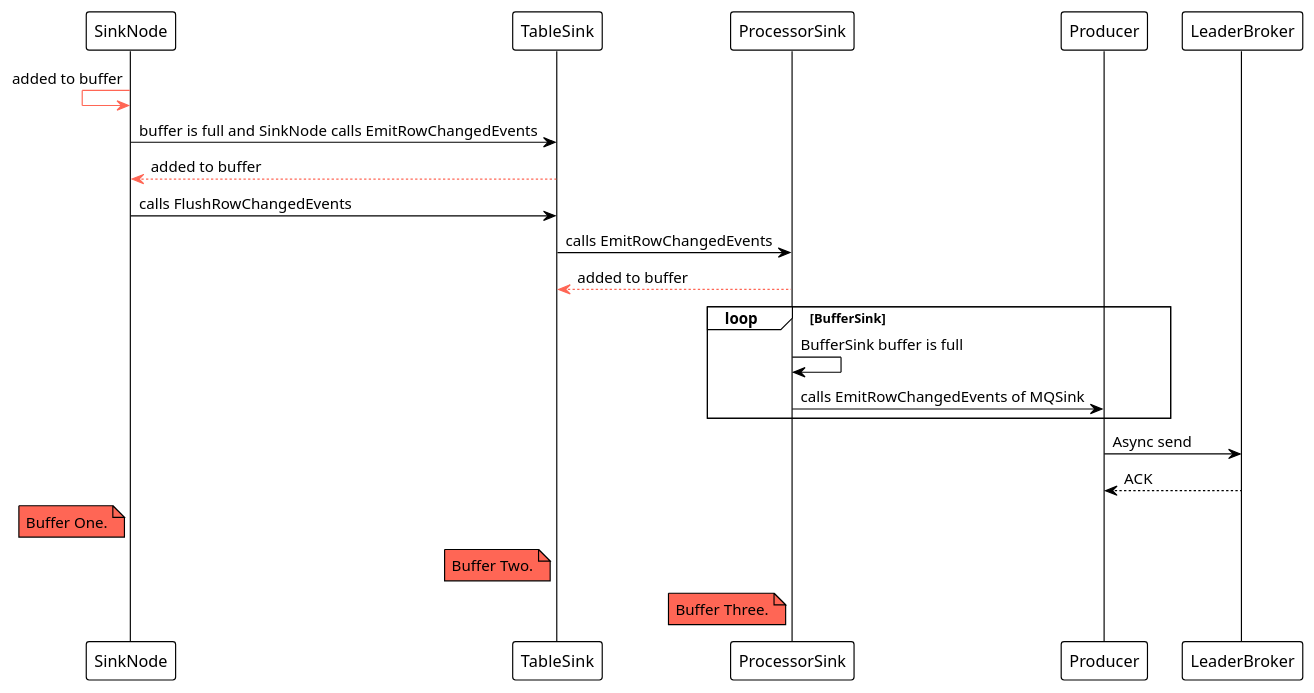
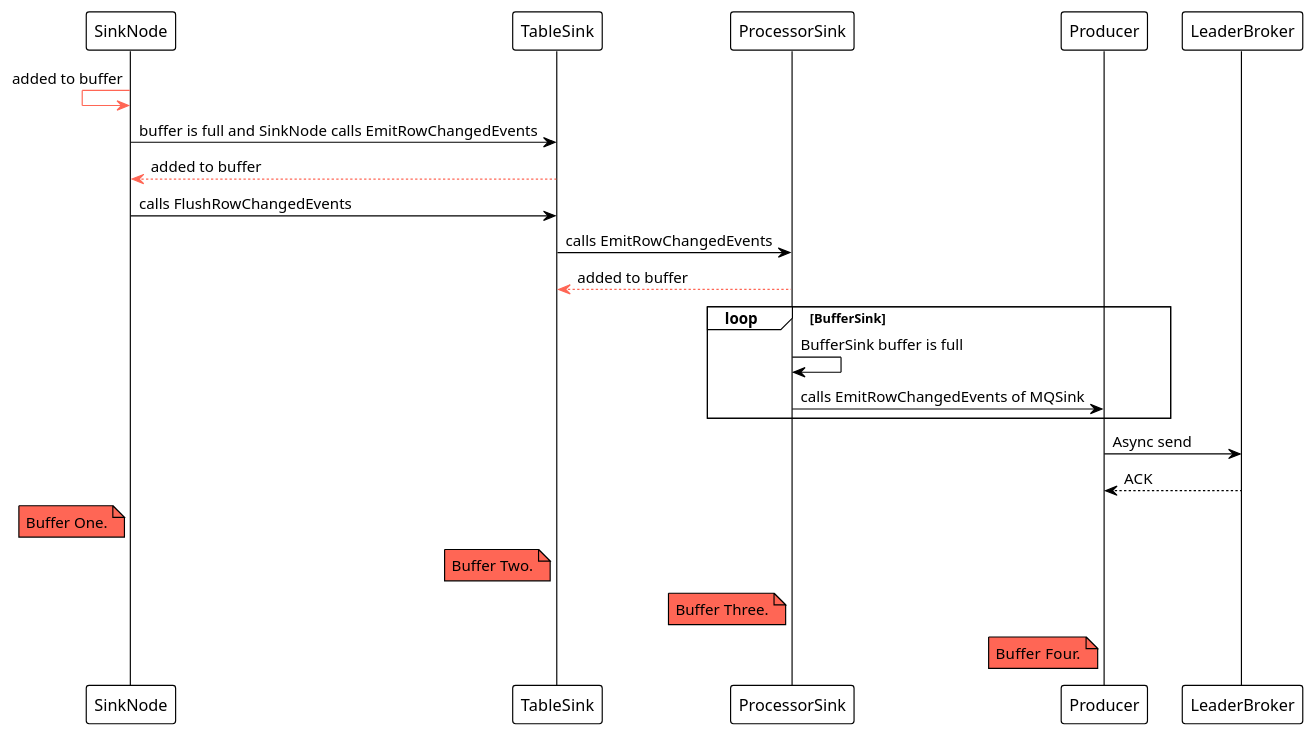
The fourth of 7 diagrams in ticdc-new-sink.slide/slides.md (0xPoe/talks), drawn with PlantUML before and after one commit. The commit also changed other lines of this file, not shown here.

Commit message:
Add new data sequence

````diff
--- a/ticdc-new-sink.slide/slides.md
+++ b/ticdc-new-sink.slide/slides.md
@@ -325,30 +323,34 @@
 ```plantuml {scale: 0.9}
 @startuml
 !theme plain
 SinkNode <[bold,#FF6655]- SinkNode: added to buffer
 SinkNode -> TableSink: buffer is full and SinkNode calls EmitRowChangedEvents
 SinkNode <-[bold,#FF6655]- TableSink: added to buffer
 SinkNode -> TableSink: calls FlushRowChangedEvents
 TableSink -> ProcessorSink: calls EmitRowChangedEvents
 TableSink <-[bold,#FF6655]- ProcessorSink: added to buffer
 loop BufferSink
   ProcessorSink -> ProcessorSink: BufferSink buffer is full
   ProcessorSink -> Producer: calls EmitRowChangedEvents of MQSink
 end
 Producer -> LeaderBroker: Async send
 Producer <-- LeaderBroker: ACK
 
 
 note left of SinkNode #FF6655
   Buffer One.
 end note
 
 note left of TableSink #FF6655
   Buffer Two.
 end note
 
 note left of ProcessorSink #FF6655
   Buffer Three.
 end note
+
+note left of Producer #FF6655
+  Buffer Four.
+end note
 @enduml
 ```
````
